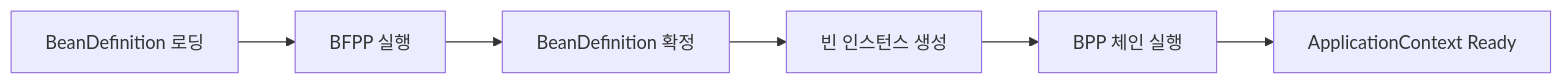
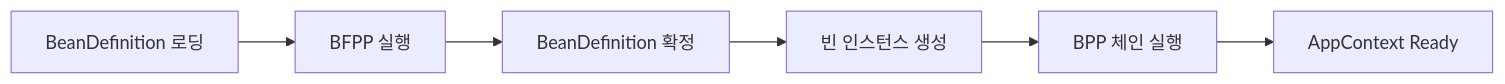
Before and after one commit to yjkim2015/yjkim2015.github.io: the first of 7 diagrams in _posts/spring/2026-05-02-spring-core-advanced.md, drawn with Mermaid. The commit also changed other lines of this file and 245 other files, not shown here.

First line of the commit message:
Mermaid 다이어그램 전면 수정 + 면접 포인트 접기/펼치기 + DB 데드락 페이지

````diff
--- a/_posts/spring/2026-05-02-spring-core-advanced.md
+++ b/_posts/spring/2026-05-02-spring-core-advanced.md
@@ -28,8 +28,8 @@
 ```mermaid
 graph LR
     A["BeanDefinition 로딩"] --> B["BFPP 실행"]
     B --> C["BeanDefinition 확정"]
     C --> D["빈 인스턴스 생성"]
     D --> E["BPP 체인 실행"]
-    E --> F["ApplicationContext Ready"]
+    E --> F["AppContext Ready"]
 ```
````
